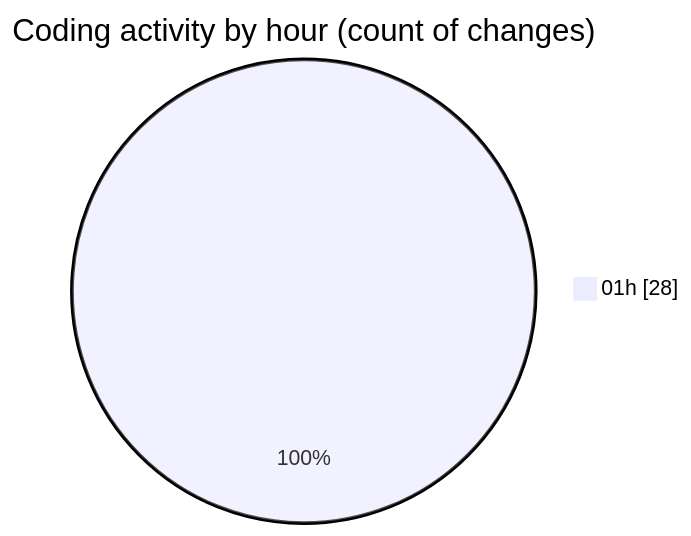
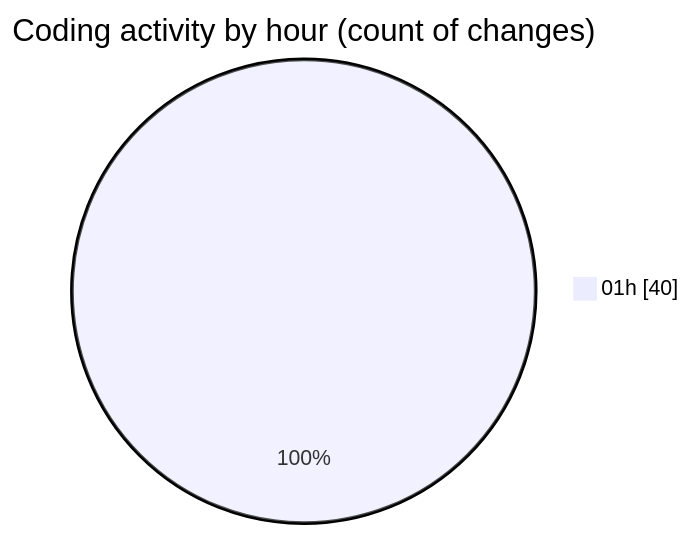
Before and after one commit to Netris89/code-tracking: the second of 2 diagrams in 2025-10-25/skintrack/README.md, drawn with Mermaid. The commit also changed other lines of this file and 1 other file, not shown here.

````diff
--- a/2025-10-25/skintrack/README.md
+++ b/2025-10-25/skintrack/README.md
@@ -32,5 +33,5 @@
 ```mermaid
 pie showData
 title Coding activity by hour (count of changes)
-"01h" : 28
+"01h" : 40
 ```
````
